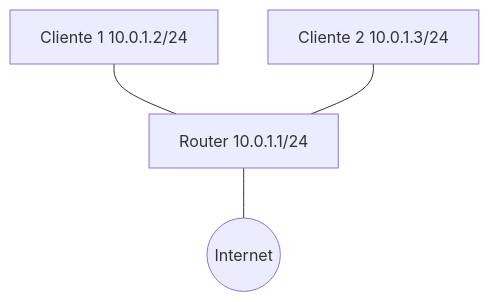
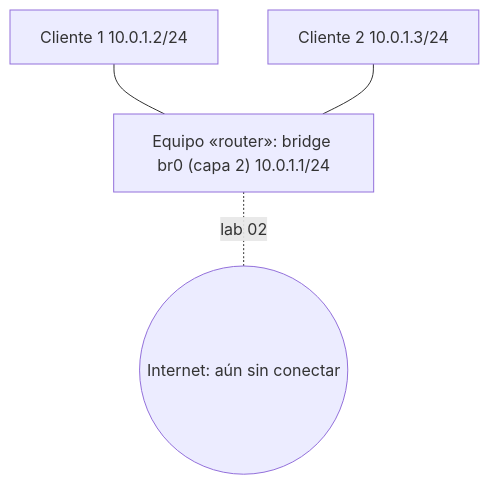
The diagram in docs/labs/lab-01/index.md (asideloko/Networking-Lab), drawn with Mermaid before and after one commit. The commit also changed other lines of this file and 18 other files, not shown here.

````diff
--- a/docs/labs/lab-01/index.md
+++ b/docs/labs/lab-01/index.md
@@ -31,10 +34,10 @@
 ```mermaid
 graph TB
     C1[Cliente 1 10.0.1.2/24]
     C2[Cliente 2 10.0.1.3/24]
-    R[Router 10.0.1.1/24]
-    Internet((Internet))
+    R["Equipo «router»: bridge br0 (capa 2) 10.0.1.1/24"]
+    Internet((Internet: aún sin conectar))
     C1 --- R
     C2 --- R
-    R --- Internet
+    R -. "lab 02" .- Internet
 ```
````
